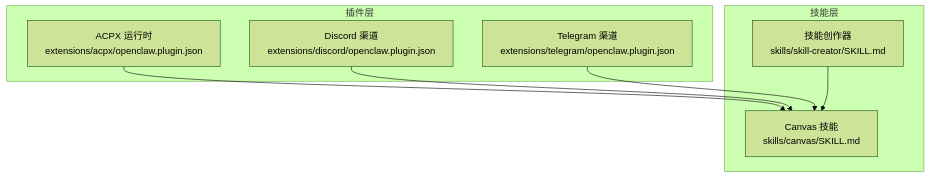
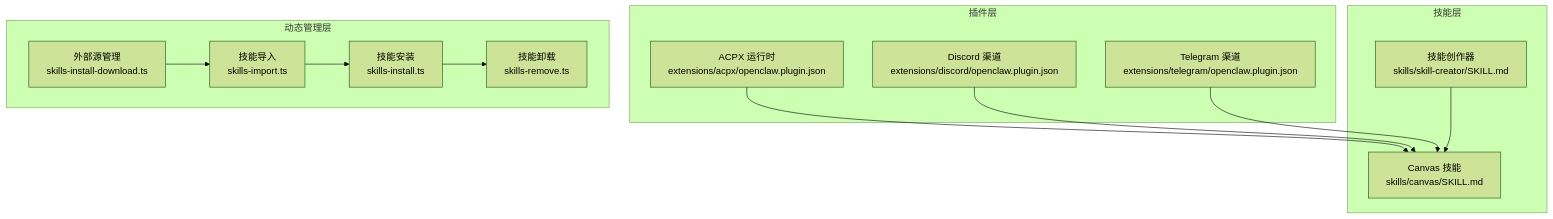
Before and after one commit to verse-ai-org/openclaw: the second of 9 diagrams in .qoder/repowiki/zh/content/Web界面/技能平台.md, drawn with Mermaid (forest theme). The commit also changed other lines of this file and 33 other files, not shown here.

````diff
--- a/.qoder/repowiki/zh/content/Web界面/技能平台.md
+++ b/.qoder/repowiki/zh/content/Web界面/技能平台.md
@@ -80,16 +104,25 @@
 ```mermaid
 graph TB
 subgraph "插件层"
 P1["ACPX 运行时<br/>extensions/acpx/openclaw.plugin.json"]
 P2["Discord 渠道<br/>extensions/discord/openclaw.plugin.json"]
 P3["Telegram 渠道<br/>extensions/telegram/openclaw.plugin.json"]
 end
 subgraph "技能层"
 S1["Canvas 技能<br/>skills/canvas/SKILL.md"]
 S2["技能创作器<br/>skills/skill-creator/SKILL.md"]
 end
+subgraph "动态管理层"
+M1["技能导入<br/>skills-import.ts"]
+M2["技能安装<br/>skills-install.ts"]
+M3["技能卸载<br/>skills-remove.ts"]
+M4["外部源管理<br/>skills-install-download.ts"]
+end
 P1 --> S1
 P2 --> S1
 P3 --> S1
 S2 --> S1
+M1 --> M2
+M2 --> M3
+M4 --> M1
 ```
````
